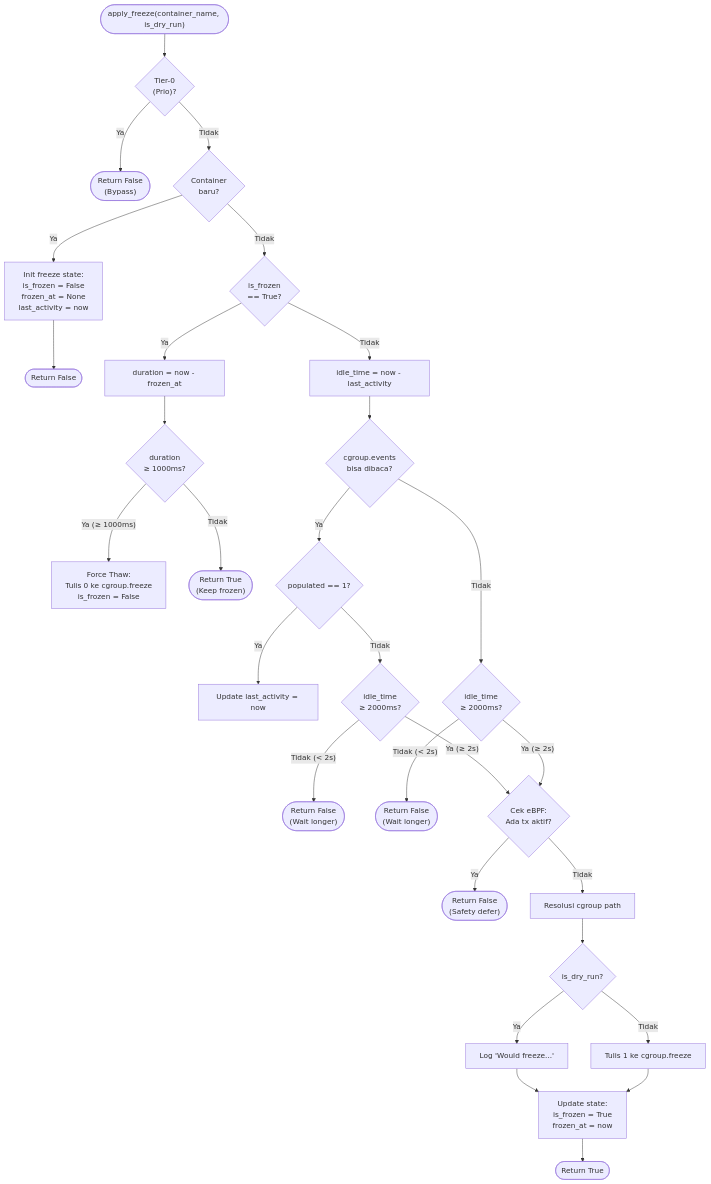
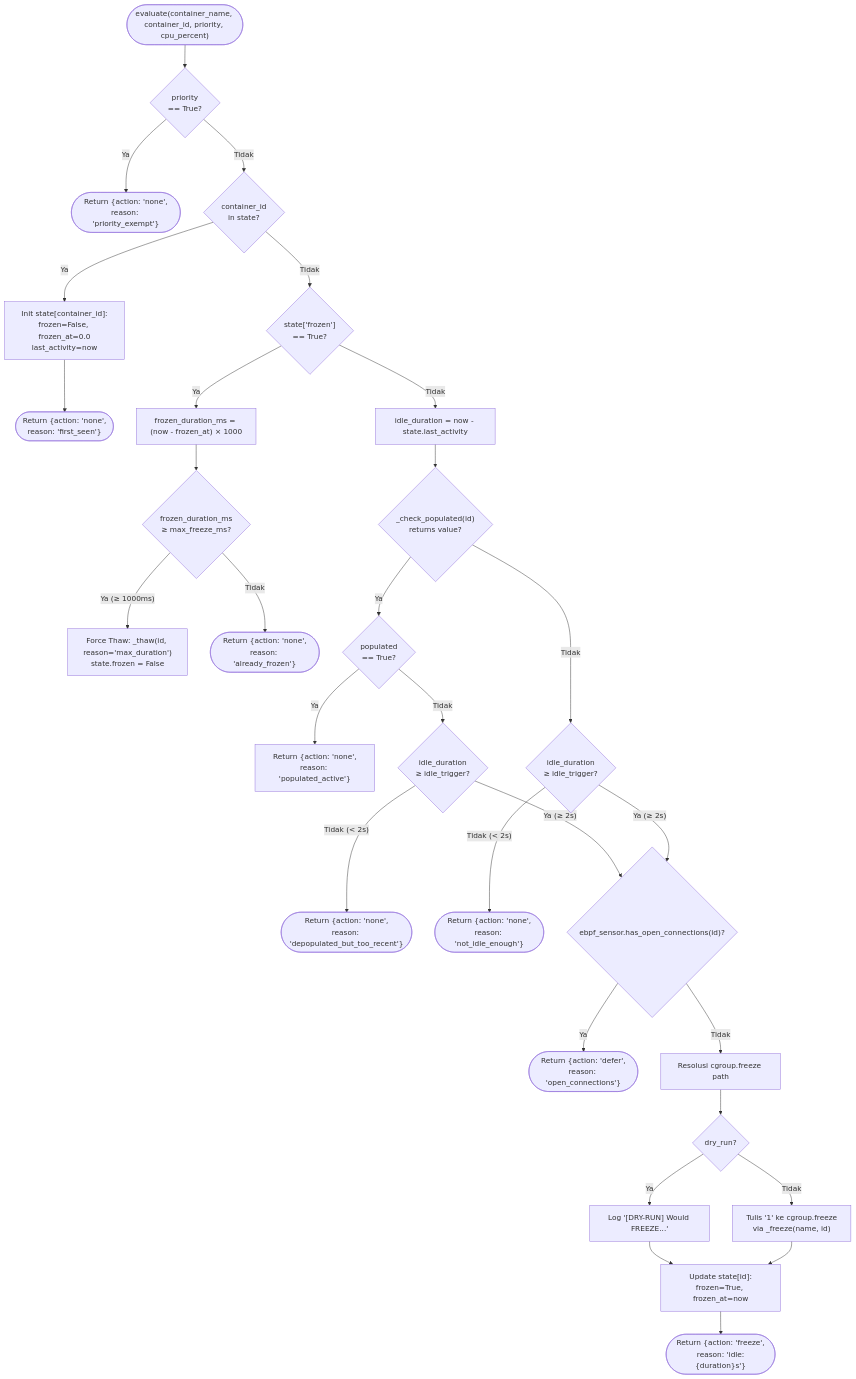
The first of 2 diagrams in architecture-diagrams/layer-4-shaper/02_micro_freezer.md (fauzanreza/green-container-framework), drawn with Mermaid before and after one commit. The commit also changed other lines of this file and 81 other files, not shown here.

````diff
--- a/architecture-diagrams/layer-4-shaper/02_micro_freezer.md
+++ b/architecture-diagrams/layer-4-shaper/02_micro_freezer.md
@@ -9,75 +9,75 @@
 ```mermaid
 flowchart TD
-    START(["apply_freeze(container_name, is_dry_run)"])
+    START(["evaluate(container_name, container_id, priority, cpu_percent)"])
 
-    IS_PRIORITY{"Tier-0<br/>(Prio)?"}
-    EXEMPT(["Return False<br/>(Bypass)"])
+    IS_PRIORITY{"priority<br/>== True?"}
+    EXEMPT(["Return {action: 'none',<br/>reason: 'priority_exempt'}"])
 
-    FIRST_SEEN{"Container<br/>baru?"}
-    INIT_STATE["Init freeze state:<br/>is_frozen = False<br/>frozen_at = None<br/>last_activity = now"]
-    FIRST_RET(["Return False"])
+    FIRST_SEEN{"container_id<br/>in state?"}
+    INIT_STATE["Init state[container_id]:<br/>frozen=False, frozen_at=0.0<br/>last_activity=now"]
+    FIRST_RET(["Return {action: 'none',<br/>reason: 'first_seen'}"])
 
-    IS_FROZEN{"is_frozen<br/>== True?"}
+    IS_FROZEN{"state['frozen']<br/>== True?"}
 
-    CALC_DURATION["duration = now - frozen_at"]
-    DURATION_EXCEEDED{"duration<br/>≥ 1000ms?"}
-    FORCE_THAW["Force Thaw:<br/>Tulis 0 ke cgroup.freeze<br/>is_frozen = False"]
-    STILL_FROZEN(["Return True<br/>(Keep frozen)"])
+    CALC_DURATION["frozen_duration_ms = (now - frozen_at) × 1000"]
+    DURATION_EXCEEDED{"frozen_duration_ms<br/>≥ max_freeze_ms?"}
+    FORCE_THAW["Force Thaw: _thaw(id, reason='max_duration')<br/>state.frozen = False"]
+    STILL_FROZEN(["Return {action: 'none',<br/>reason: 'already_frozen'}"])
 
-    CALC_IDLE["idle_time = now - last_activity"]
+    CALC_IDLE["idle_duration = now - state.last_activity"]
 
-    POPULATED_AVAIL{"cgroup.events<br/>bisa dibaca?"}
-    KERNEL_ACTIVE{"populated == 1?"}
-    NOT_IDLE["Update last_activity = now"]
-    KERNEL_IDLE{"idle_time<br/>≥ 2000ms?"}
-    TOO_RECENT1(["Return False<br/>(Wait longer)"])
+    POPULATED_AVAIL{"_check_populated(id)<br/>returns value?"}
+    KERNEL_ACTIVE{"populated<br/>== True?"}
+    NOT_IDLE["Return {action: 'none',<br/>reason: 'populated_active'}"]
+    KERNEL_IDLE{"idle_duration<br/>≥ idle_trigger?"}
+    TOO_RECENT1(["Return {action: 'none',<br/>reason: 'depopulated_but_too_recent'}"])
     
-    FALLBACK_CHECK{"idle_time<br/>≥ 2000ms?"}
-    TOO_RECENT2(["Return False<br/>(Wait longer)"])
+    FALLBACK_CHECK{"idle_duration<br/>≥ idle_trigger?"}
+    TOO_RECENT2(["Return {action: 'none',<br/>reason: 'not_idle_enough'}"])
 
-    EBPF_CHECK{"Cek eBPF:<br/>Ada tx aktif?"}
-    DEFER(["Return False<br/>(Safety defer)"])
+    EBPF_CHECK{"ebpf_sensor.has_open_connections(id)?"}
+    DEFER(["Return {action: 'defer',<br/>reason: 'open_connections'}"])
 
-    FIND_PATH["Resolusi cgroup path"]
+    FIND_PATH["Resolusi cgroup.freeze path"]
 
-    IS_DRY{"is_dry_run?"}
-    DRY_LOG["Log 'Would freeze...'"]
-    WRITE_FREEZE["Tulis 1 ke cgroup.freeze"]
-    UPDATE_STATE["Update state:<br/>is_frozen = True<br/>frozen_at = now"]
-    FREEZE_RET(["Return True"])
+    IS_DRY{"dry_run?"}
+    DRY_LOG["Log '[DRY-RUN] Would FREEZE...'"]
+    WRITE_FREEZE["Tulis '1' ke cgroup.freeze<br/>via _freeze(name, id)"]
+    UPDATE_STATE["Update state[id]:<br/>frozen=True, frozen_at=now"]
+    FREEZE_RET(["Return {action: 'freeze',<br/>reason: 'idle:{duration}s'}"])
 
     START --> IS_PRIORITY
     IS_PRIORITY -->|Ya| EXEMPT
     IS_PRIORITY -->|Tidak| FIRST_SEEN
     FIRST_SEEN -->|Ya| INIT_STATE
     INIT_STATE --> FIRST_RET
     FIRST_SEEN -->|Tidak| IS_FROZEN
 
     IS_FROZEN -->|Ya| CALC_DURATION
     CALC_DURATION --> DURATION_EXCEEDED
     DURATION_EXCEEDED -->|"Ya (≥ 1000ms)"| FORCE_THAW
     DURATION_EXCEEDED -->|Tidak| STILL_FROZEN
 
     IS_FROZEN -->|Tidak| CALC_IDLE
     CALC_IDLE --> POPULATED_AVAIL
 
     POPULATED_AVAIL -->|Ya| KERNEL_ACTIVE
     KERNEL_ACTIVE -->|"Ya"| NOT_IDLE
     KERNEL_ACTIVE -->|"Tidak"| KERNEL_IDLE
     KERNEL_IDLE -->|"Tidak (< 2s)"| TOO_RECENT1
     KERNEL_IDLE -->|"Ya (≥ 2s)"| EBPF_CHECK
 
     POPULATED_AVAIL -->|Tidak| FALLBACK_CHECK
     FALLBACK_CHECK -->|"Tidak (< 2s)"| TOO_RECENT2
     FALLBACK_CHECK -->|"Ya (≥ 2s)"| EBPF_CHECK
 
     EBPF_CHECK -->|Ya| DEFER
     EBPF_CHECK -->|Tidak| FIND_PATH
 
     FIND_PATH --> IS_DRY
     IS_DRY -->|Ya| DRY_LOG
     IS_DRY -->|Tidak| WRITE_FREEZE
     DRY_LOG --> UPDATE_STATE
     WRITE_FREEZE --> UPDATE_STATE
     UPDATE_STATE --> FREEZE_RET
 ```
````
